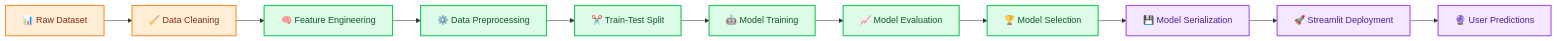
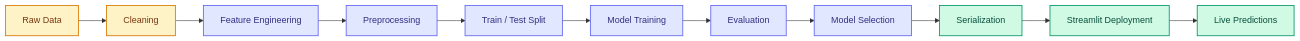
The first of 2 diagrams in AI-Based-Maternal-Health-Preeclampsia-Risk-Prediction-System/README.md (Gouravkar007/AI-Based-Maternal-Health-Preeclampsia-Risk-Prediction-System), drawn with Mermaid before and after one commit. The commit also changed other lines of this file, not shown here.

````diff
--- a/AI-Based-Maternal-Health-Preeclampsia-Risk-Prediction-System/README.md
+++ b/AI-Based-Maternal-Health-Preeclampsia-Risk-Prediction-System/README.md
@@ -140,24 +79,21 @@
 ```mermaid
 flowchart LR
+A[Raw Data] --> B[Cleaning]
+B --> C[Feature Engineering]
+C --> D[Preprocessing]
+D --> E[Train / Test Split]
+E --> F[Model Training]
+F --> G[Evaluation]
+G --> H[Model Selection]
+H --> I[Serialization]
+I --> J[Streamlit Deployment]
+J --> K[Live Predictions]
 
-A[📊 Raw Dataset] --> B[🧹 Data Cleaning]
-B --> C[🧠 Feature Engineering]
-C --> D[⚙️ Data Preprocessing]
-D --> E[✂️ Train-Test Split]
-E --> F[🤖 Model Training]
-F --> G[📈 Model Evaluation]
-G --> H[🏆 Model Selection]
-H --> I[💾 Model Serialization]
-I --> J[🚀 Streamlit Deployment]
-J --> K[🔮 User Predictions]
-
-%% Styling
-classDef data fill:#FFEDD5,stroke:#FB923C,stroke-width:2px,color:#7C2D12;
-classDef process fill:#DBEAFE,stroke:#3B82F6,stroke-width:2px,color:#1E3A8A;
-classDef model fill:#DCFCE7,stroke:#22C55E,stroke-width:2px,color:#14532D;
-classDef deploy fill:#F3E8FF,stroke:#A855F7,stroke-width:2px,color:#4C1D95;
+classDef data fill:#FEF3C7,stroke:#D97706,stroke-width:1.5px,color:#78350F;
+classDef model fill:#E0E7FF,stroke:#6366F1,stroke-width:1.5px,color:#312E81;
+classDef deploy fill:#D1FAE5,stroke:#059669,stroke-width:1.5px,color:#064E3B;
 
 class A,B data;
 class C,D,E,F,G,H model;
 class I,J,K deploy;
 ```
````
